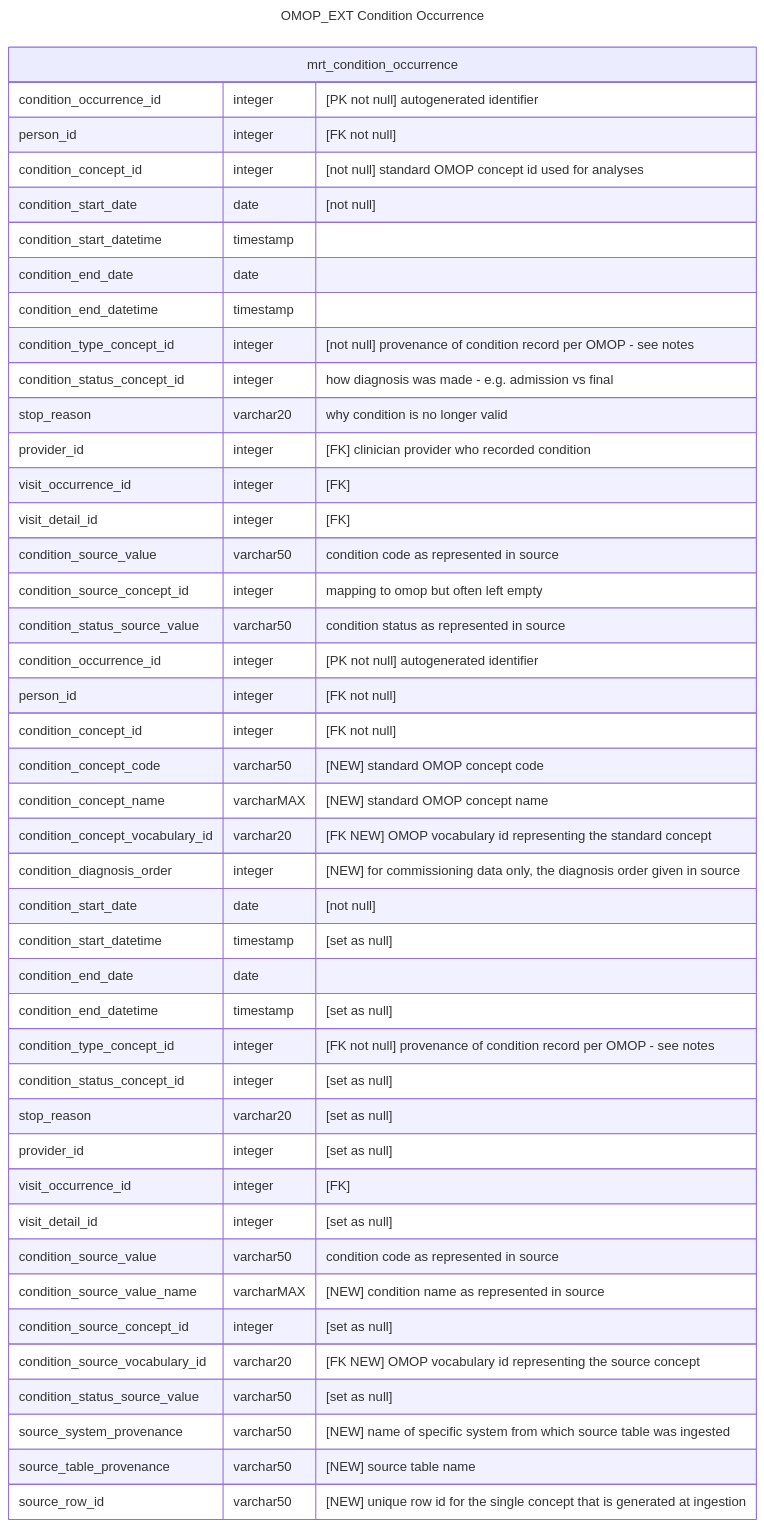
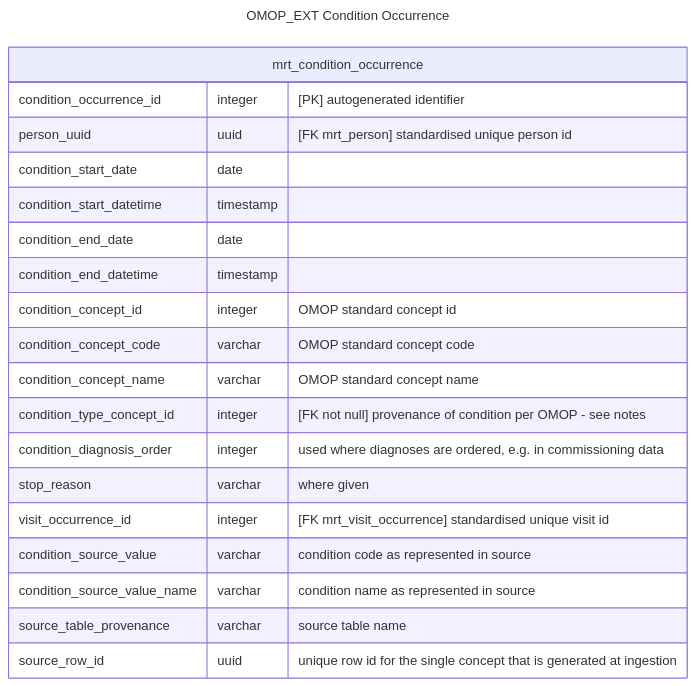
The second of 3 diagrams in src/pages/data_model/cdm_condition_occurrence.qmd (d3london/sde_aic_external_docs), drawn with Mermaid before and after one commit. The commit also changed other lines of this file and 1 other file, not shown here.

Commit message:
finished draft1 condition occ

````diff
--- a/src/pages/data_model/cdm_condition_occurrence.qmd
+++ b/src/pages/data_model/cdm_condition_occurrence.qmd
@@ -58,54 +60,25 @@
 ```{mermaid}
 ---
 title: OMOP_EXT Condition Occurrence
 ---
 erDiagram
     mrt_condition_occurrence {
-        condition_occurrence_id integer "[PK not null] autogenerated identifier"
-        person_id integer "[FK not null]"
-        condition_concept_id integer "[not null] standard OMOP concept id used for analyses"
-        condition_start_date date "[not null]"
+        condition_occurrence_id integer "[PK] autogenerated identifier"
+        person_uuid uuid "[FK mrt_person] standardised unique person id"
+        condition_start_date date
         condition_start_datetime timestamp
         condition_end_date date
         condition_end_datetime timestamp
-        condition_type_concept_id integer "[not null] provenance of condition record per OMOP - see notes"
-        condition_status_concept_id integer "how diagnosis was made - e.g. admission vs final"
-        stop_reason varchar20 "why condition is no longer valid"
-        provider_id integer "[FK] clinician provider who recorded condition"
-        visit_occurrence_id integer "[FK]"
-        visit_detail_id integer "[FK]"
-        condition_source_value varchar50 "condition code as represented in source"
-        condition_source_concept_id integer "mapping to omop but often left empty"
-        condition_status_source_value varchar50 "condition status as represented in source"
-
-
-
-
-
-        condition_occurrence_id integer "[PK not null] autogenerated identifier"
-        person_id integer "[FK not null]"
-        condition_concept_id integer "[FK not null]"
-        condition_concept_code varchar50 "[NEW] standard OMOP concept code"
-        condition_concept_name varcharMAX "[NEW] standard OMOP concept name"
-        condition_concept_vocabulary_id varchar20 "[FK NEW] OMOP vocabulary id representing the standard concept"
-        condition_diagnosis_order integer "[NEW] for commissioning data only, the diagnosis order given in source"
-        condition_start_date date "[not null]"
-        condition_start_datetime timestamp "[set as null]"
-        condition_end_date date
-        condition_end_datetime timestamp "[set as null]"
-        condition_type_concept_id integer "[FK not null] provenance of condition record per OMOP - see notes"
-        condition_status_concept_id integer "[set as null]"
-        stop_reason varchar20 "[set as null]"
-        provider_id integer "[set as null]"
-        visit_occurrence_id integer "[FK]"
-        visit_detail_id integer "[set as null]"      
-        condition_source_value varchar50 "condition code as represented in source"
-        condition_source_value_name varcharMAX "[NEW] condition name as represented in source"
-        condition_source_concept_id integer "[set as null]"          
-        condition_source_vocabulary_id varchar20 "[FK NEW] OMOP vocabulary id representing the source concept"
-        condition_status_source_value varchar50 "[set as null]"
-        source_system_provenance varchar50 "[NEW] name of specific system from which source table was ingested"
-        source_table_provenance varchar50 "[NEW] source table name"
-        source_row_id varchar50 "[NEW] unique row id for the single concept that is generated at ingestion"
+        condition_concept_id integer "OMOP standard concept id"
+        condition_concept_code varchar "OMOP standard concept code"
+        condition_concept_name varchar "OMOP standard concept name"
+        condition_type_concept_id integer "[FK not null] provenance of condition per OMOP - see notes"                
+        condition_diagnosis_order integer "used where diagnoses are ordered, e.g. in commissioning data"
+        stop_reason varchar "where given"
+        visit_occurrence_id integer "[FK mrt_visit_occurrence] standardised unique visit id"
+        condition_source_value varchar "condition code as represented in source"
+        condition_source_value_name varchar "condition name as represented in source"        
+        source_table_provenance varchar "source table name"
+        source_row_id uuid "unique row id for the single concept that is generated at ingestion"
     }
 ```
````
